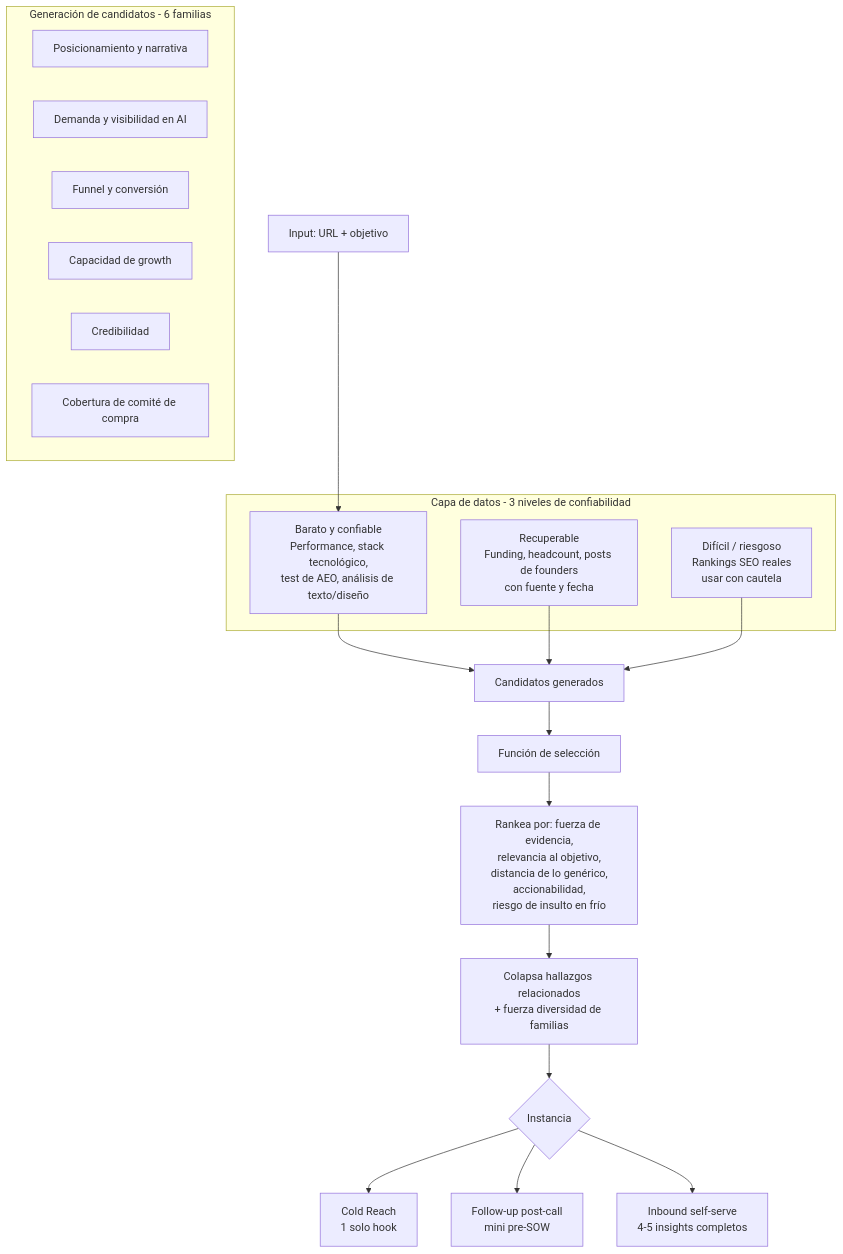
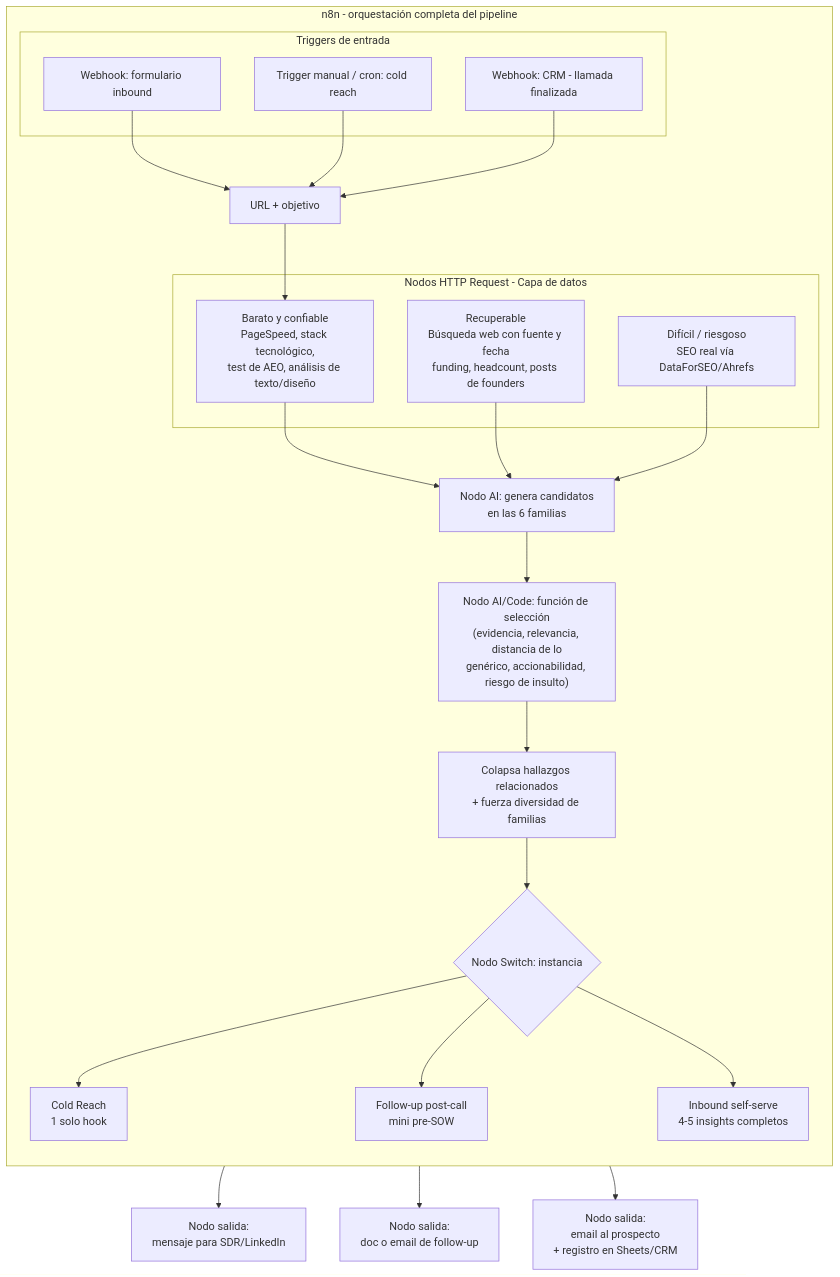
The diagram in docs/explanation/arquitectura.md (jmarroncle/growth-audit-structure), drawn with Mermaid before and after one commit. The commit also changed other lines of this file and 2 other files, not shown here.

Commit message:
Reflect n8n as the orchestration layer in architecture, stack and roadmap
The pipeline diagram now shows n8n hosting the full flow (webhook/cron
triggers, HTTP Request nodes per data source, AI nodes for generation
and selection, output nodes per instance) instead of a separate custom
backend. Drops Vercel/Railway from the stack table since n8n replaces
that role, and updates Fase 4 in the roadmap accordingly.

Claude-Session: https://claude.ai/code/session_01Y33ZqmJHC59R44gjZwfrED

````diff
--- a/docs/explanation/arquitectura.md
+++ b/docs/explanation/arquitectura.md
@@ -5,32 +7,40 @@
 ```mermaid
 flowchart TD
-    A[Input: URL + objetivo] --> B1
+    subgraph N8N [n8n - orquestación completa del pipeline]
+        direction TB
 
-    subgraph CapaDatos [Capa de datos - 3 niveles de confiabilidad]
-        B1[Barato y confiable<br/>Performance, stack tecnológico,<br/>test de AEO, análisis de texto/diseño]
-        B2[Recuperable<br/>Funding, headcount, posts de founders<br/>con fuente y fecha]
-        B3[Difícil / riesgoso<br/>Rankings SEO reales<br/>usar con cautela]
+        subgraph Triggers [Triggers de entrada]
+            T1[Webhook: formulario inbound]
+            T2[Trigger manual / cron: cold reach]
+            T3[Webhook: CRM - llamada finalizada]
+        end
+
+        T1 --> IN[URL + objetivo]
+        T2 --> IN
+        T3 --> IN
+
+        IN --> B1
+
+        subgraph CapaDatos [Nodos HTTP Request - Capa de datos]
+            B1[Barato y confiable<br/>PageSpeed, stack tecnológico,<br/>test de AEO, análisis de texto/diseño]
+            B2[Recuperable<br/>Búsqueda web con fuente y fecha<br/>funding, headcount, posts de founders]
+            B3[Difícil / riesgoso<br/>SEO real vía DataForSEO/Ahrefs]
+        end
+
+        B1 --> C
+        B2 --> C
+        B3 --> C
+
+        C[Nodo AI: genera candidatos<br/>en las 6 familias] --> D["Nodo AI/Code: función de selección<br/>(evidencia, relevancia, distancia de lo<br/>genérico, accionabilidad, riesgo de insulto)"]
+        D --> D1[Colapsa hallazgos relacionados<br/>+ fuerza diversidad de familias]
+
+        D1 --> E{Nodo Switch: instancia}
+        E --> E1[Cold Reach<br/>1 solo hook]
+        E --> E2[Follow-up post-call<br/>mini pre-SOW]
+        E --> E3[Inbound self-serve<br/>4-5 insights completos]
     end
 
-    B1 --> C
-    B2 --> C
-    B3 --> C
-
-    subgraph Candidatos [Generación de candidatos - 6 familias]
-        C1[Posicionamiento y narrativa]
-        C2[Demanda y visibilidad en AI]
-        C3[Funnel y conversión]
-        C4[Capacidad de growth]
-        C5[Credibilidad]
-        C6[Cobertura de comité de compra]
-    end
-
-    C[Candidatos generados] --> D[Función de selección]
-    D --> D1["Rankea por: fuerza de evidencia,<br/>relevancia al objetivo,<br/>distancia de lo genérico,<br/>accionabilidad,<br/>riesgo de insulto en frío"]
-    D1 --> D2[Colapsa hallazgos relacionados<br/>+ fuerza diversidad de familias]
-
-    D2 --> E{Instancia}
-    E --> E1[Cold Reach<br/>1 solo hook]
-    E --> E2[Follow-up post-call<br/>mini pre-SOW]
-    E --> E3[Inbound self-serve<br/>4-5 insights completos]
+    E1 --> O1[Nodo salida:<br/>mensaje para SDR/LinkedIn]
+    E2 --> O2[Nodo salida:<br/>doc o email de follow-up]
+    E3 --> O3[Nodo salida:<br/>email al prospecto<br/>+ registro en Sheets/CRM]
 ```
````
